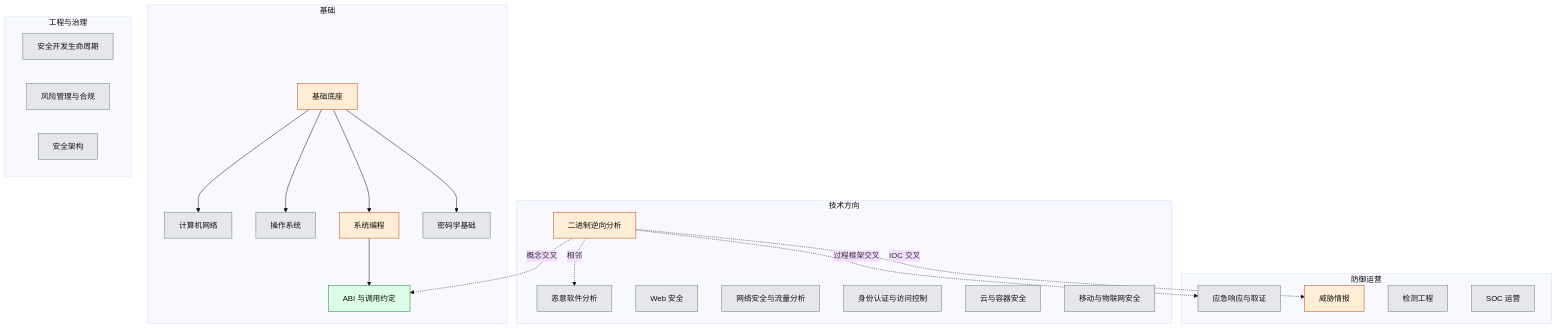
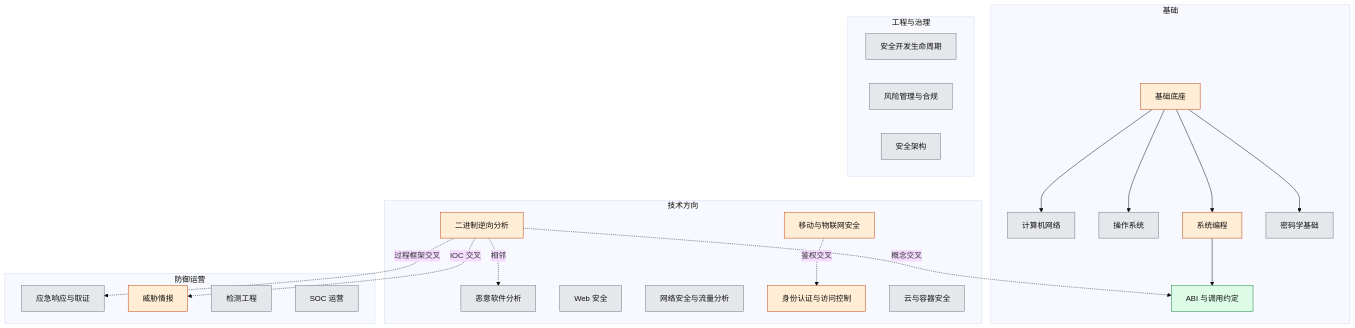
The first of 3 diagrams in graph.md (HubBoys/cybersec-knowledge), drawn with Mermaid (base theme) before and after one commit. The commit also changed other lines of this file and 6 other files, not shown here.

````diff
--- a/graph.md
+++ b/graph.md
@@ -11,53 +11,54 @@
 ```mermaid
 flowchart TB
   classDef uncovered fill:#e5e7eb,stroke:#6b7280,color:#111
   classDef partial fill:#ffedd5,stroke:#c2410c,color:#111
   classDef covered fill:#dcfce7,stroke:#15803d,color:#111
   classDef practiced fill:#dbeafe,stroke:#1d4ed8,color:#111
 
   subgraph base [基础]
     F[基础底座]
     N[计算机网络]
     OS[操作系统]
     SP[系统编程]
     CR[密码学基础]
     ABI[ABI 与调用约定]
   end
 
   subgraph tech [技术方向]
     RE[二进制逆向分析]
     MA[恶意软件分析]
     WEB[Web 安全]
     NET[网络安全与流量分析]
     ID[身份认证与访问控制]
     CL[云与容器安全]
     IOT[移动与物联网安全]
   end
 
   subgraph ops [防御运营]
     DFIR[应急响应与取证]
     TI[威胁情报]
     DET[检测工程]
     SOC[SOC 运营]
   end
 
   subgraph gov [工程与治理]
     SDLC[安全开发生命周期]
     GRC[风险管理与合规]
     ARCH[安全架构]
   end
 
   F --> N
   F --> OS
   F --> SP
   F --> CR
   SP --> ABI
   RE -.概念交叉.-> ABI
   RE -.相邻.-> MA
   RE -.过程框架交叉.-> DFIR
   RE -.IOC 交叉.-> TI
+  IOT -.鉴权交叉.-> ID
 
-  class N,OS,CR,MA,WEB,NET,ID,CL,IOT,DFIR,DET,SOC,SDLC,GRC,ARCH uncovered
-  class F,SP,RE,TI partial
+  class N,OS,CR,MA,WEB,NET,CL,DFIR,DET,SOC,SDLC,GRC,ARCH uncovered
+  class F,SP,RE,TI,IOT,ID partial
   class ABI covered
 ```
````
